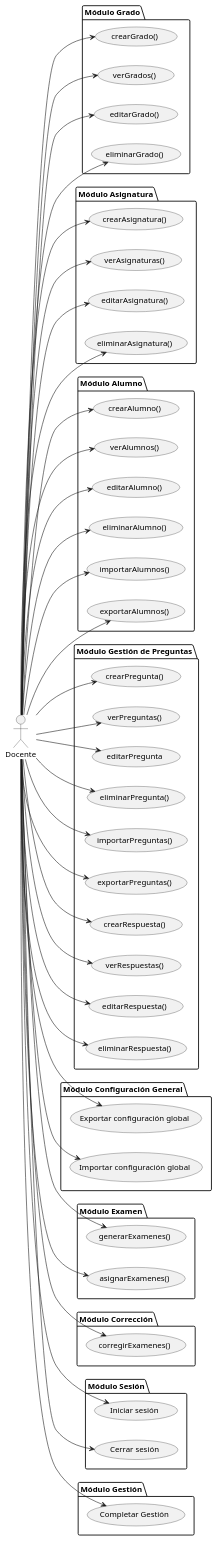
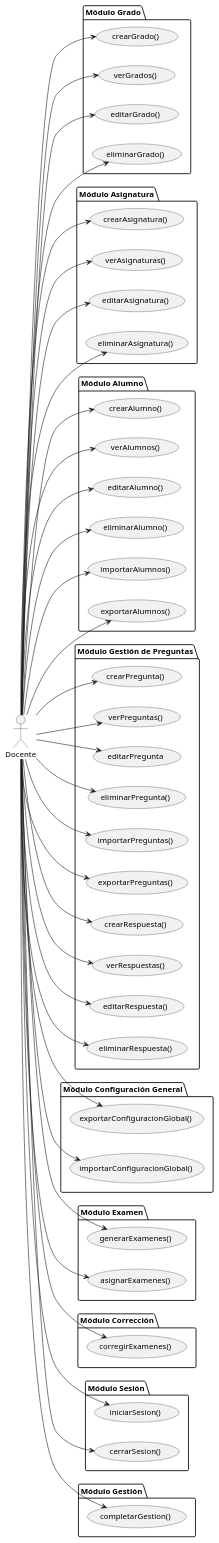
Before and after one commit to martinlopez7/25-26-IdSw1-SdR: the diagram in documents/casos-de-uso/encontrarActoresYCasosDeUso/actoresYCasosDeUso-docente.puml, drawn with PlantUML. The commit also changed 7 other files, not shown here.

```diff
--- a/documents/casos-de-uso/encontrarActoresYCasosDeUso/actoresYCasosDeUso-docente.puml
+++ b/documents/casos-de-uso/encontrarActoresYCasosDeUso/actoresYCasosDeUso-docente.puml
@@ -1,103 +1,103 @@
 @startuml actoresYCasosDeUso-docente
 
 left to right direction
 
 actor "Docente" as doc
 
 package "Módulo Grado" {
   usecase "crearGrado()" as UC1
   usecase "verGrados()" as UC2
   usecase "editarGrado()" as UC3
   usecase "eliminarGrado()" as UC4
 }
 
 package "Módulo Asignatura" {
   usecase "crearAsignatura()" as UC5
   usecase "verAsignaturas()" as UC6
   usecase "editarAsignatura()" as UC7
   usecase "eliminarAsignatura()" as UC8
 }
 
 package "Módulo Alumno" {
   usecase "crearAlumno()" as UC9
   usecase "verAlumnos()" as UC10
   usecase "editarAlumno()" as UC11
   usecase "eliminarAlumno()" as UC12
    usecase "importarAlumnos()" as UC19
    usecase "exportarAlumnos()" as UC17
 }
 
 
 
 package "Módulo Gestión de Preguntas" {
   usecase "crearPregunta()" as UC20
   usecase "verPreguntas()" as UC21
   usecase "editarPregunta" as UC22
   usecase "eliminarPregunta()" as UC23
   usecase "importarPreguntas()" as UC24
   usecase "exportarPreguntas()" as UC25
  usecase "crearRespuesta()" as UC32
   usecase "verRespuestas()" as UC33
   usecase "editarRespuesta()" as UC34
   usecase "eliminarRespuesta()" as UC35
 }
 
 package "Módulo Configuración General" {
-  usecase "Exportar configuración global" as UC26
-  usecase "Importar configuración global" as UC27
+  usecase "exportarConfiguracionGlobal()" as UC26
+  usecase "importarConfiguracionGlobal()" as UC27
 }
 
 package "Módulo Examen" {
   usecase "generarExamenes()" as UC28
   usecase "asignarExamenes()" as UC29
  
 }
 
 package "Módulo Corrección" {
   usecase "corregirExamenes()" as UC31
 }
 
 package "Módulo Sesión" {
-  usecase "Iniciar sesión" as UC41
-  usecase "Cerrar sesión" as UC42
+  usecase "iniciarSesion()" as UC41
+  usecase "cerrarSesion()" as UC42
 }
 
 package "Módulo Gestión" {
-  usecase "Completar Gestión" as UC13
+  usecase "completarGestion()" as UC13
 
 }
 
 doc --> UC1
 doc --> UC2
 doc --> UC3
 doc --> UC4
 doc --> UC5
 doc --> UC6
 doc --> UC7
 doc --> UC8
 doc --> UC9
 doc --> UC10
 doc --> UC11
 doc --> UC12
 doc --> UC13
 doc --> UC17
 doc --> UC19
 doc --> UC20
 doc --> UC21
 doc --> UC22
 doc --> UC23
 doc --> UC24
 doc --> UC25
 doc --> UC26
 doc --> UC27
 doc --> UC28
 doc --> UC29
 doc --> UC31
 doc --> UC32
 doc --> UC33
 doc --> UC34
 doc --> UC35
 doc --> UC41
 doc --> UC42
 
 @enduml
```
